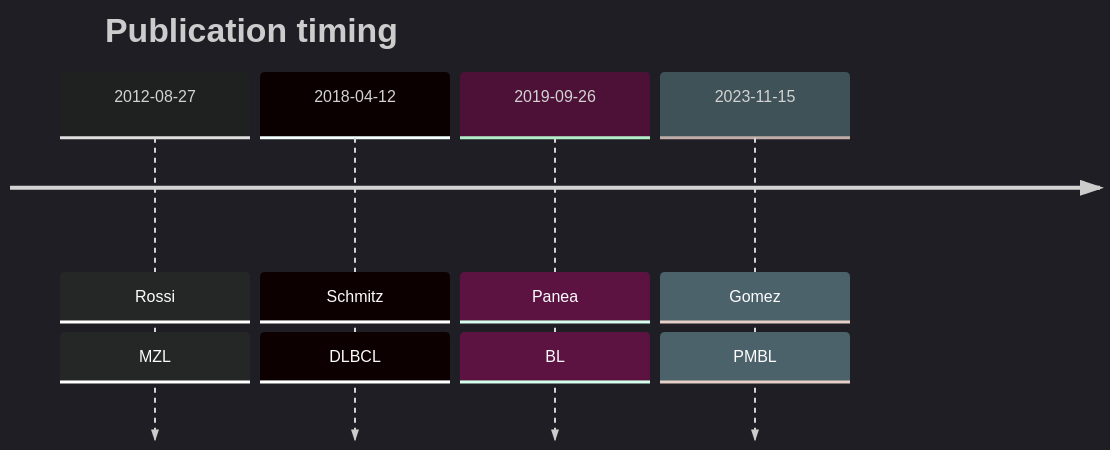
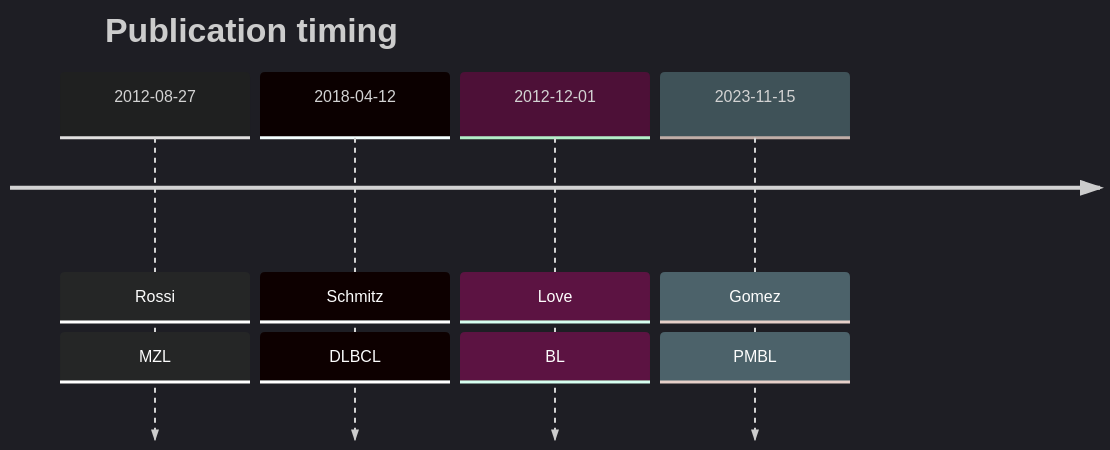
Before and after one commit to morinlab/lymphopedia: the diagram in DTX1.md, drawn with Mermaid. The commit also changed other lines of this file, not shown here.

````diff
--- a/DTX1.md
+++ b/DTX1.md
@@ -12,9 +12,9 @@
 ```mermaid
 %%{init: { 'logLevel': 'debug', 'theme': 'dark' } }%%
 timeline
     title Publication timing
       2012-08-27 : Rossi : MZL
       2018-04-12 : Schmitz : DLBCL
-      2019-09-26 : Panea : BL
+      2012-12-01 : Love : BL
       2023-11-15 : Gomez : PMBL
 ```
````
